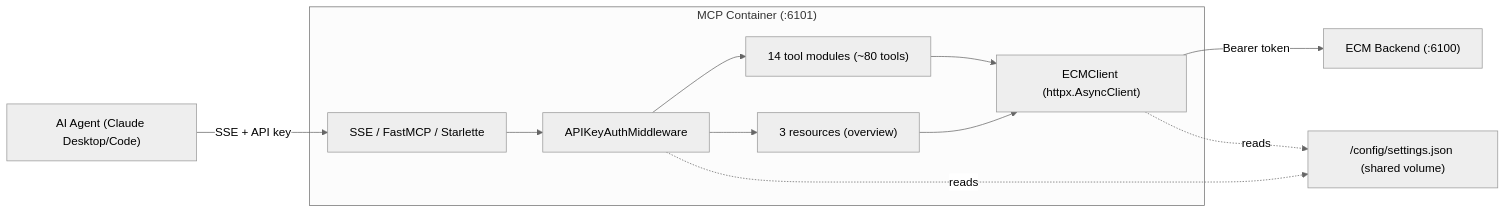
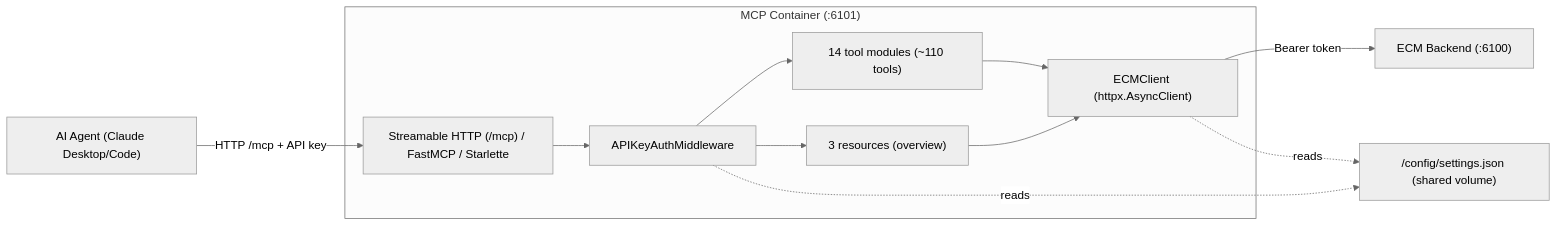
The second of 2 diagrams in docs/architecture.md (MotWakorb/enhancedchannelmanager), drawn with Mermaid (neutral theme) before and after one commit. The commit also changed other lines of this file and 8 other files, not shown here.

````diff
--- a/docs/architecture.md
+++ b/docs/architecture.md
@@ -298,26 +298,26 @@
 ```mermaid
 graph LR
     Agent["AI Agent (Claude Desktop/Code)"]
 
     subgraph MCPContainer["MCP Container (:6101)"]
-        Transport["SSE / FastMCP / Starlette"]
+        Transport["Streamable HTTP (/mcp) / FastMCP / Starlette"]
         AuthMW["APIKeyAuthMiddleware"]
-        Tools["14 tool modules (~80 tools)"]
+        Tools["14 tool modules (~110 tools)"]
         Resources["3 resources (overview)"]
         Client["ECMClient (httpx.AsyncClient)"]
 
         Transport --> AuthMW
         AuthMW --> Tools
         AuthMW --> Resources
         Tools --> Client
         Resources --> Client
     end
 
     ECMBackend["ECM Backend (:6100)"]
     Settings["/config/settings.json (shared volume)"]
 
-    Agent -->|"SSE + API key"| Transport
+    Agent -->|"HTTP /mcp + API key"| Transport
     Client -->|"Bearer token"| ECMBackend
     AuthMW -.reads.-> Settings
     Client -.reads.-> Settings
 ```
````
